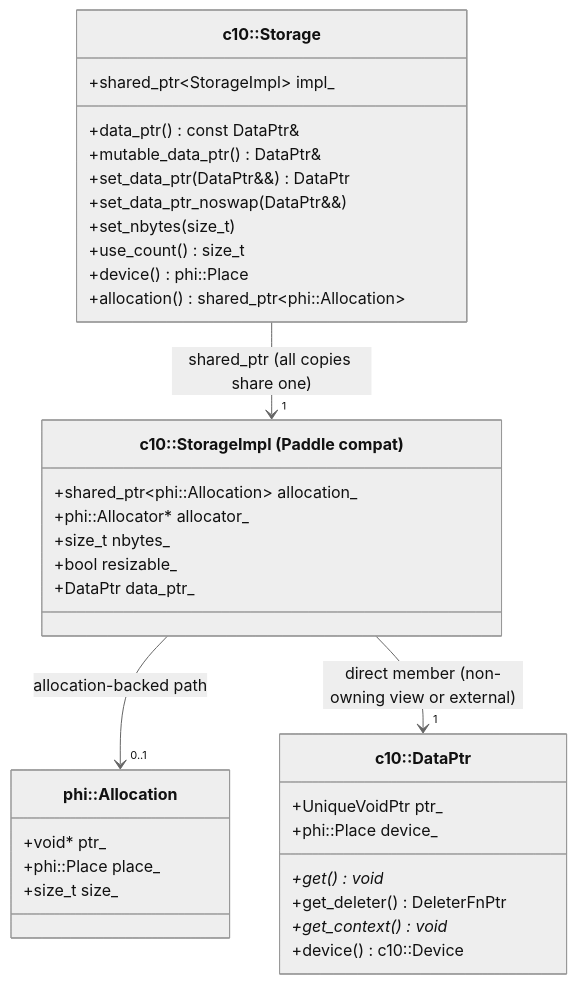
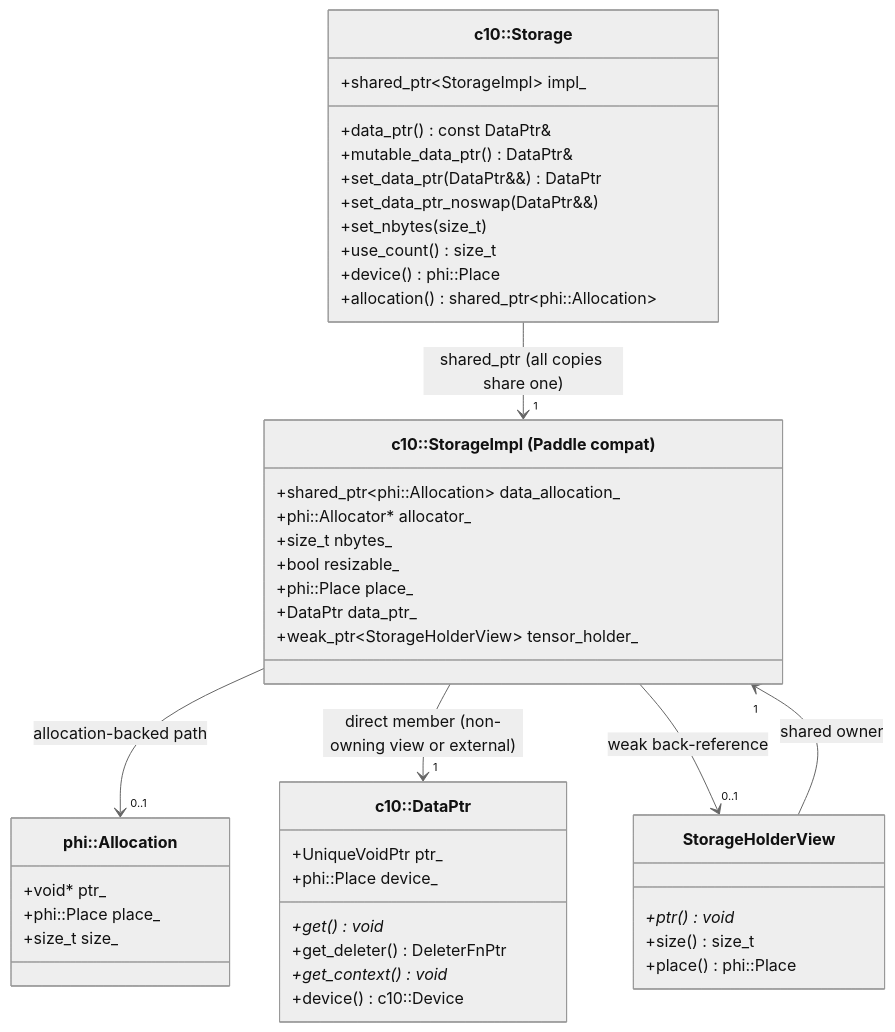
One commit to PFCCLab/PaddleCppAPITest changed the third of 6 diagrams in doc/storage_compat_arch.md. Above: the diagram before and after it, drawn with Mermaid (neutral theme). The commit also changed other lines of this file and 8 other files, not shown here.

````diff
--- a/doc/storage_compat_arch.md
+++ b/doc/storage_compat_arch.md
@@ -89,41 +91,51 @@
 ```mermaid
 classDiagram
     class c10_Storage["c10::Storage"] {
         +shared_ptr~StorageImpl~ impl_
         +data_ptr() const DataPtr&
         +mutable_data_ptr() DataPtr&
         +set_data_ptr(DataPtr&&) DataPtr
         +set_data_ptr_noswap(DataPtr&&)
         +set_nbytes(size_t)
         +use_count() size_t
         +device() phi::Place
         +allocation() shared_ptr~phi::Allocation~
     }
 
     class StorageImpl["c10::StorageImpl (Paddle compat)"] {
-        +shared_ptr~phi::Allocation~ allocation_
+        +shared_ptr~phi::Allocation~ data_allocation_
         +phi::Allocator* allocator_
         +size_t nbytes_
         +bool resizable_
+        +phi::Place place_
         +DataPtr data_ptr_
+        +weak_ptr~StorageHolderView~ tensor_holder_
+    }
+
+    class StorageHolderView["StorageHolderView"] {
+        +ptr() void*
+        +size() size_t
+        +place() phi::Place
     }
 
     class DataPtr["c10::DataPtr"] {
         +UniqueVoidPtr ptr_
         +phi::Place device_
         +get() void*
         +get_deleter() DeleterFnPtr
         +get_context() void*
         +device() c10::Device
     }
 
     class phi_Allocation["phi::Allocation"] {
         +void* ptr_
         +phi::Place place_
         +size_t size_
     }
 
     c10_Storage --> "1" StorageImpl : shared_ptr (all copies share one)
     StorageImpl --> "0..1" phi_Allocation : allocation-backed path
     StorageImpl --> "1" DataPtr : direct member (non-owning view or external)
+    StorageImpl --> "0..1" StorageHolderView : weak back-reference
+    StorageHolderView --> "1" StorageImpl : shared owner
 ```
````
